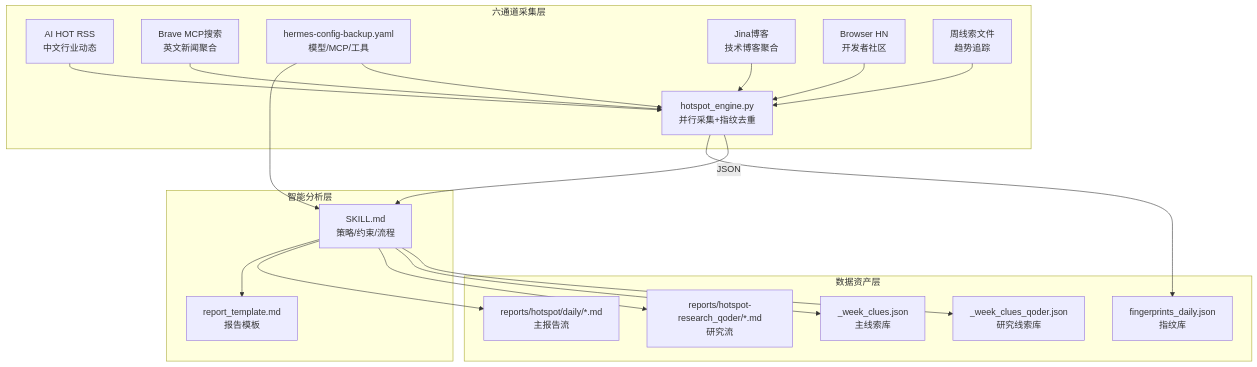
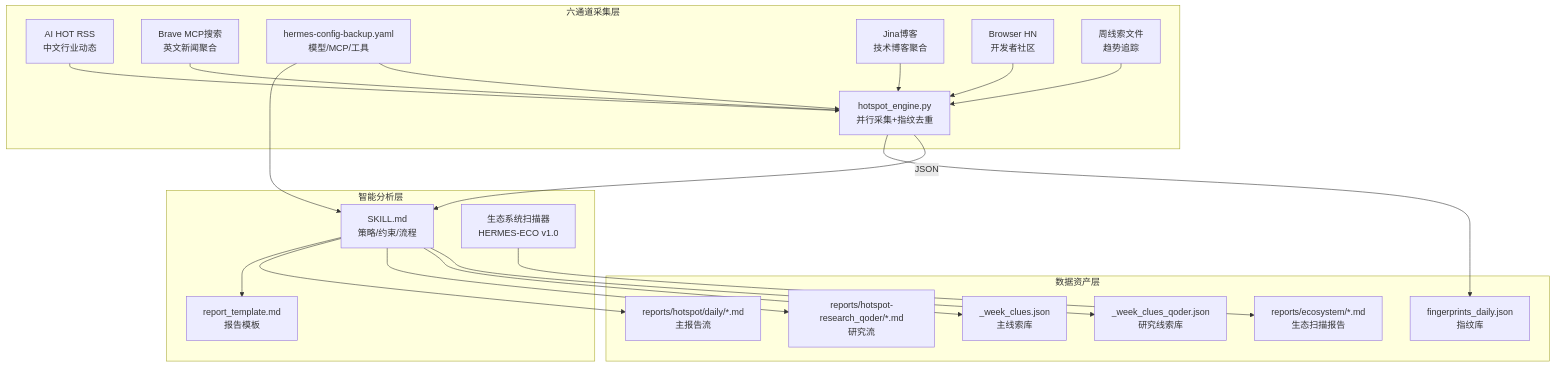
The first of 4 diagrams in .qoder/repowiki/zh/content/核心技能详解/Qoder Agent 每日热点报告系统.md (John198912/hermes_workspace), drawn with Mermaid before and after one commit. The commit also changed other lines of this file and 1 other file, not shown here.

````diff
--- a/.qoder/repowiki/zh/content/核心技能详解/Qoder Agent 每日热点报告系统.md
+++ b/.qoder/repowiki/zh/content/核心技能详解/Qoder Agent 每日热点报告系统.md
@@ -45,38 +49,41 @@
 ```mermaid
 graph TB
 subgraph "六通道采集层"
 E["hotspot_engine.py<br/>并行采集+指纹去重"]
 A["AI HOT RSS<br/>中文行业动态"]
 B["Brave MCP搜索<br/>英文新闻聚合"]
 C["byted-web搜索<br/>中文社交媒体"]
 D["Jina博客<br/>技术博客聚合"]
 F["Browser HN<br/>开发者社区"]
 G["周线索文件<br/>趋势追踪"]
 end
 subgraph "智能分析层"
 S["SKILL.md<br/>策略/约束/流程"]
 T["report_template.md<br/>报告模板"]
 C["hermes-config-backup.yaml<br/>模型/MCP/工具"]
+ES["生态系统扫描器<br/>HERMES-ECO v1.0"]
 end
 subgraph "数据资产层"
 FP["fingerprints_daily.json<br/>指纹库"]
 R1["reports/hotspot/daily/*.md<br/>主报告流"]
 R2["reports/hotspot-research_qoder/*.md<br/>研究流"]
 W1["_week_clues.json<br/>主线索库"]
 W2["_week_clues_qoder.json<br/>研究线索库"]
+EC["reports/ecosystem/*.md<br/>生态扫描报告"]
 end
 E --> FP
 E --> |"JSON"| S
 S --> T
 C --> S
 S --> R1
 S --> R2
 S --> W1
 S --> W2
+ES --> EC
 A --> E
 B --> E
 C --> E
 D --> E
 F --> E
 G --> E
 ```
````
